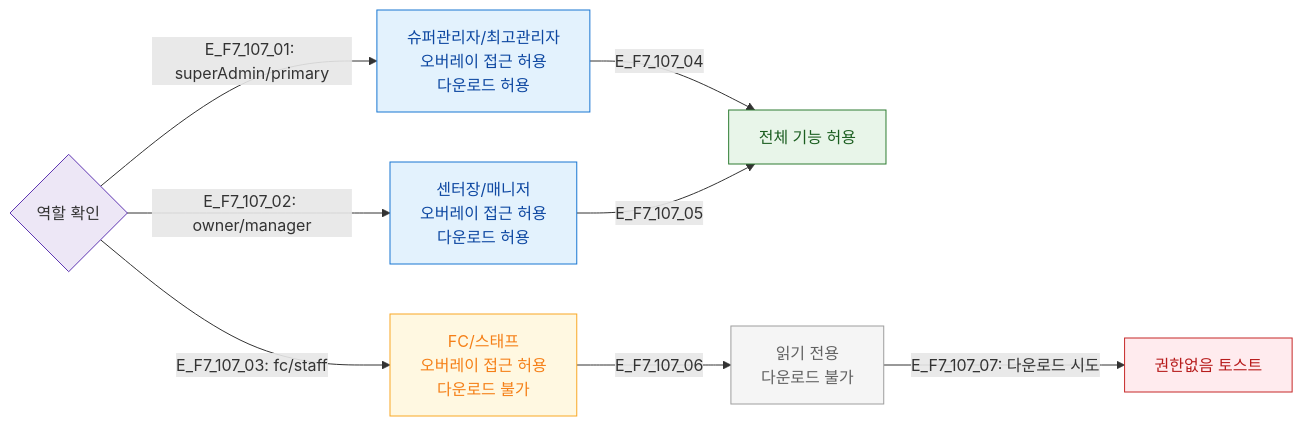
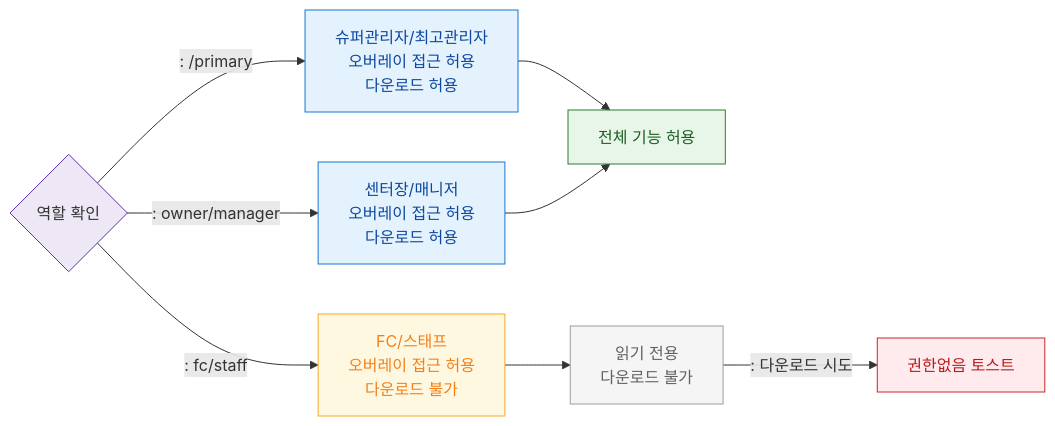
One commit to dev-spogym/admin-pando changed the diagram in docs/다이어그램/D01_공통/SCR-107_화면설계서오버레이/F7_권한.md. Above: the diagram before and after it, drawn with Mermaid. The commit also changed other lines of this file and 1660 other files, not shown here.

First line of the commit message:
다이어그램: 기획자/클라이언트 납품본으로 정리

````diff
--- a/docs/다이어그램/D01_공통/SCR-107_화면설계서오버레이/F7_권한.md
+++ b/docs/다이어그램/D01_공통/SCR-107_화면설계서오버레이/F7_권한.md
@@ -19,27 +17,27 @@
 ```mermaid
 flowchart LR
     ROLE{역할 확인}
 
-    ROLE -->|"E_F7_107_01: superAdmin/primary"| SA[슈퍼관리자/최고관리자\n오버레이 접근 허용\n다운로드 허용]
-    ROLE -->|"E_F7_107_02: owner/manager"| MG[센터장/매니저\n오버레이 접근 허용\n다운로드 허용]
-    ROLE -->|"E_F7_107_03: fc/staff"| FC[FC/스태프\n오버레이 접근 허용\n다운로드 불가]
+    ROLE -->|": /primary"|SA[슈퍼관리자/최고관리자\n오버레이 접근 허용\n다운로드 허용]
+    ROLE -->|": owner/manager"|MG[센터장/매니저\n오버레이 접근 허용\n다운로드 허용]
+    ROLE -->|": fc/staff"|FC[FC/스태프\n오버레이 접근 허용\n다운로드 불가]
 
-    SA -->|E_F7_107_04| ACT_FULL[전체 기능 허용]
-    MG -->|E_F7_107_05| ACT_FULL
-    FC -->|E_F7_107_06| ACT_VIEW_ONLY[읽기 전용\n다운로드 불가]
+    SA --> ACT_FULL[전체 기능 허용]
+    MG --> ACT_FULL
+    FC --> ACT_VIEW_ONLY[읽기 전용\n다운로드 불가]
 
-    ACT_VIEW_ONLY -->|"E_F7_107_07: 다운로드 시도"| BLOCKED[권한없음 토스트]
+    ACT_VIEW_ONLY -->|": 다운로드 시도"|BLOCKED[권한없음 토스트]
 
-    classDef screen      fill:#E3F2FD,stroke:#1976D2,color:#0D47A1
-    classDef success     fill:#E8F5E9,stroke:#2E7D32,color:#1B5E20
-    classDef warning     fill:#FFF8E1,stroke:#F9A825,color:#F57F17
-    classDef error       fill:#FFEBEE,stroke:#C62828,color:#B71C1C
+    classDef screen fill:#E3F2FD,stroke:#1976D2,color:#0D47A1
+    classDef success fill:#E8F5E9,stroke:#2E7D32,color:#1B5E20
+    classDef warning fill:#FFF8E1,stroke:#F9A825,color:#F57F17
+    classDef error fill:#FFEBEE,stroke:#C62828,color:#B71C1C
     classDef rbacBlocked fill:#F5F5F5,stroke:#9E9E9E,color:#616161
-    classDef system      fill:#EDE7F6,stroke:#5E35B2
+    classDef system fill:#EDE7F6,stroke:#5E35B2
     class SA,MG screen
     class FC warning
     class ACT_FULL success
     class ACT_VIEW_ONLY rbacBlocked
     class BLOCKED error
     class ROLE system
 ```
````
